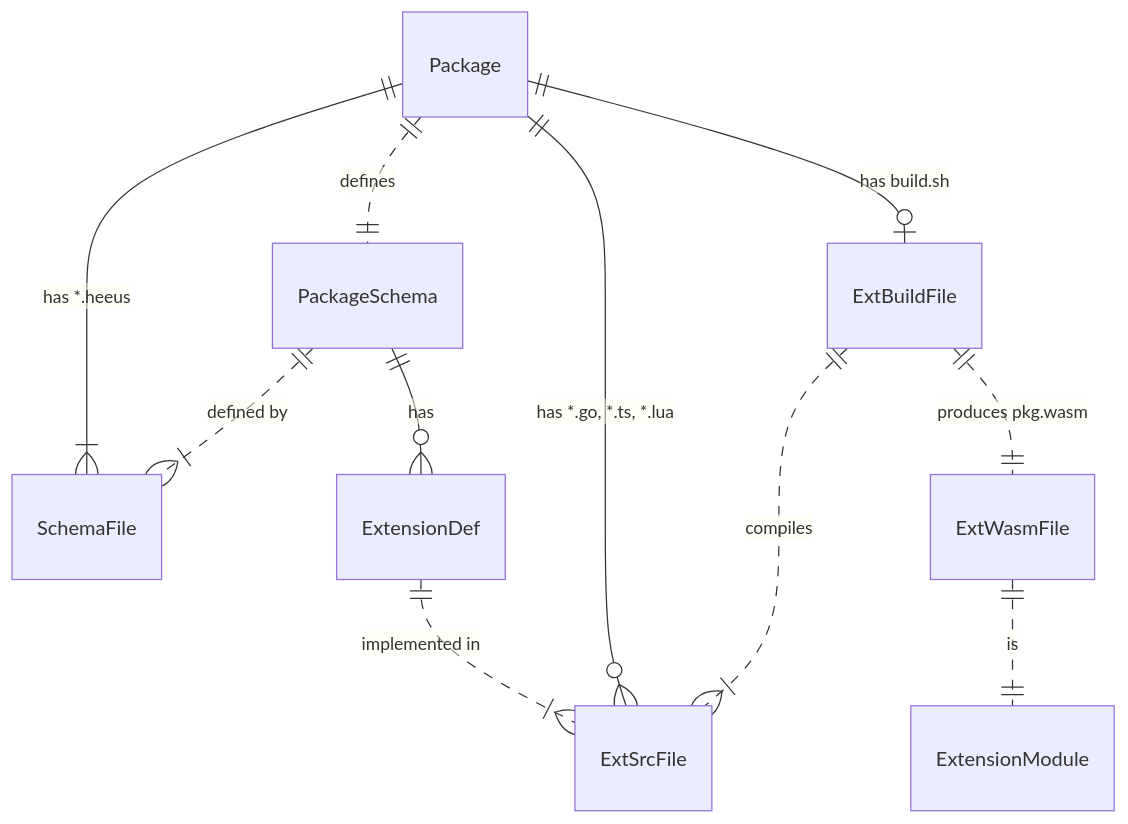
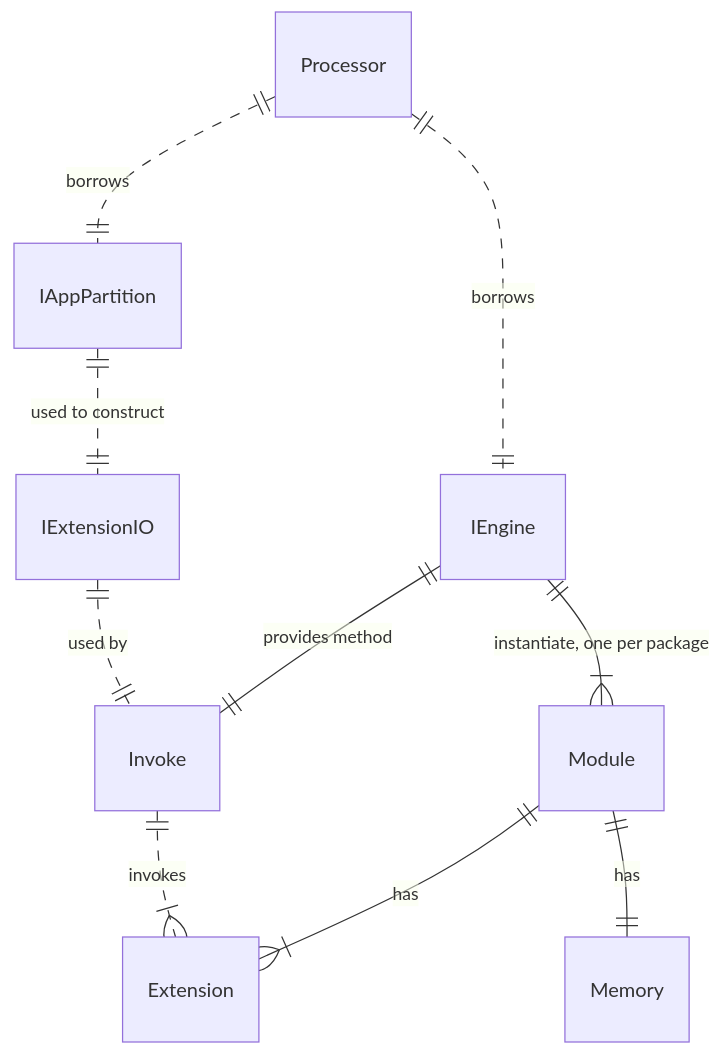
The first of 2 diagrams in design/extensions/README.md (voedger/voedger), drawn with Mermaid before and after one commit. The commit also changed other lines of this file and 2 other files, not shown here.

````diff
--- a/design/extensions/README.md
+++ b/design/extensions/README.md
@@ -4,13 +2,13 @@
 ```mermaid
 erDiagram
-Package ||--|{ SchemaFile: "has *.heeus"
-Package ||..|| PackageSchema: defines
-PackageSchema ||..|{ SchemaFile: "defined by"
-PackageSchema ||--o{ ExtensionDef: has
-Package ||--o{ ExtSrcFile: "has *.go, *.ts, *.lua"
-Package ||--o| ExtBuildFile: "has build.sh"
-ExtBuildFile ||..|{ ExtSrcFile: "compiles"
-ExtBuildFile ||..|| ExtWasmFile: "produces pkg.wasm"
-ExtensionDef ||..|{ ExtSrcFile: "implemented in"
-ExtWasmFile ||..|| ExtensionModule: "is"
+Processor ||..|| IAppPartition: "borrows"
+Processor ||..|| IEngine: "borrows"
+IEngine ||--|{ Module: "instantiate, one per package"
+IEngine ||--|| Invoke: "provides method"
+Module ||--|{ Extension: "has"
+Module ||--|| Memory: "has"
+
+IAppPartition ||..|| IExtensionIO: "used to construct"
+Invoke ||..|{ Extension: "invokes"
+IExtensionIO ||..|| Invoke: "used by"
 ```
````
